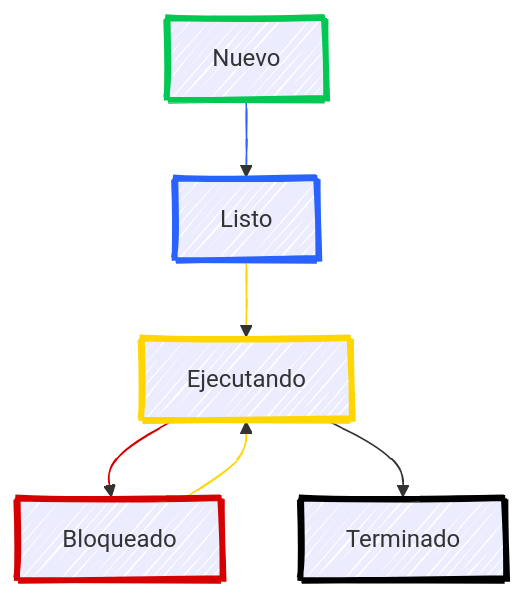
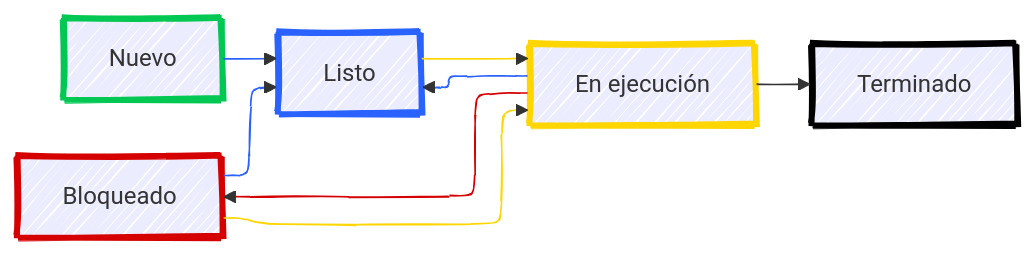
The diagram in docs/tema1-fundamentos/03-procesos-so.mdx (resuacode/psp), drawn with Mermaid before and after one commit. The commit also changed other lines of this file, not shown here.

````diff
--- a/docs/tema1-fundamentos/03-procesos-so.mdx
+++ b/docs/tema1-fundamentos/03-procesos-so.mdx
@@ -54,23 +54,27 @@
 ```mermaid
 ---
 config:
   theme: mc
   look: handDrawn
+  layout: elk
 ---
-flowchart TD
+flowchart LR
     A["Nuevo"] --> B["Listo"]
-    B --> C["Ejecutando"]
-    C --> D["Bloqueado"] & E["Terminado"]
-    D L_D_C_0@--> C
+    B --> C["En ejecución"]
+    C --> D["Bloqueado"] & E["Terminado"] & B
+    D L_D_C_0@--> C & B
     style A stroke:#00C853,stroke-width:4px,stroke-dasharray: 0
     style B stroke:#2962FF,stroke-width:4px,stroke-dasharray: 0
     style C stroke:#FFD600,stroke-width:4px,stroke-dasharray: 0
     style D stroke:#D50000,stroke-width:4px,stroke-dasharray: 0
     style E stroke:#000000,stroke-width:4px,stroke-dasharray: 0
     linkStyle 0 stroke:#2962FF,fill:none
     linkStyle 1 stroke:#FFD600,fill:none
     linkStyle 2 stroke:#D50000,fill:none
-    linkStyle 4 stroke:#FFD600,fill:none
+    linkStyle 4 stroke:#2962FF,fill:none
+    linkStyle 5 stroke:#FFD600,fill:none
+    linkStyle 6 stroke:#2962FF,fill:none
     L_D_C_0@{ animation: none }
 
+
 ```
````
